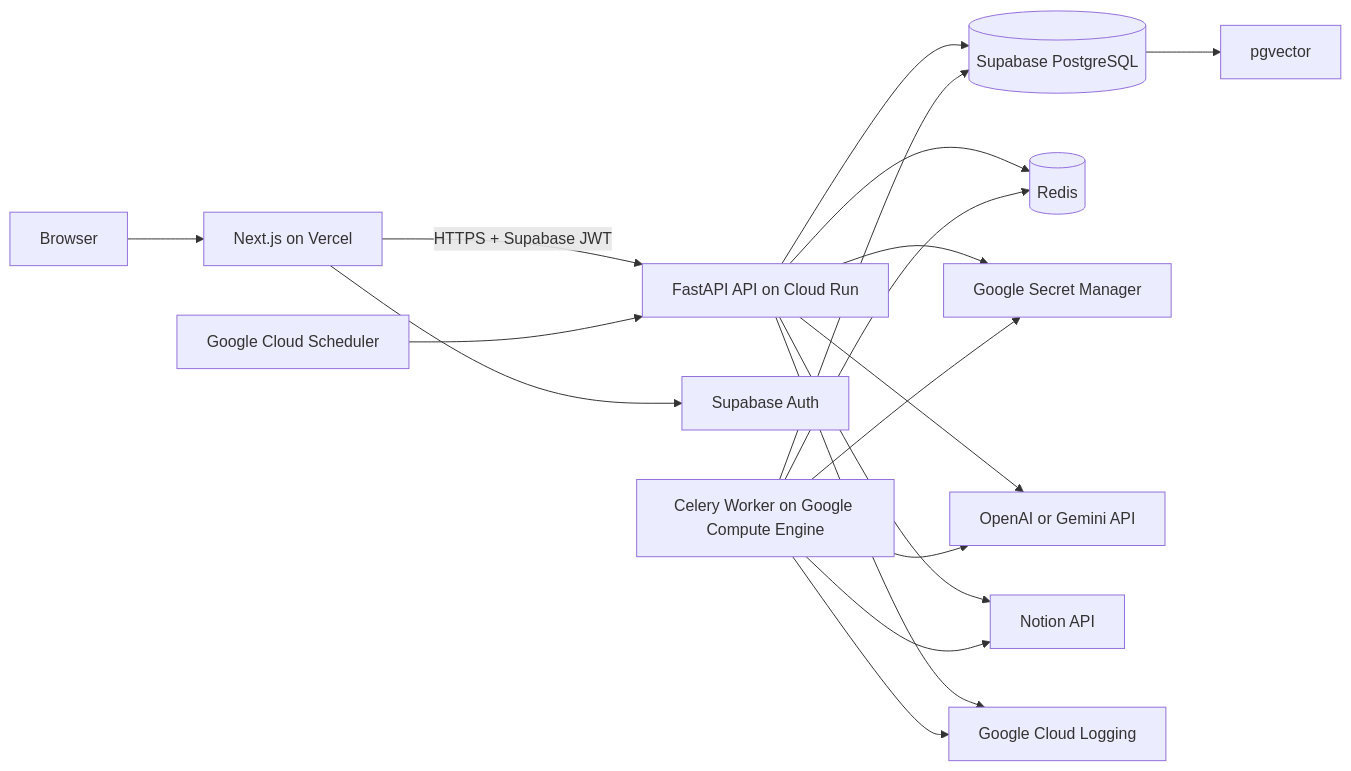
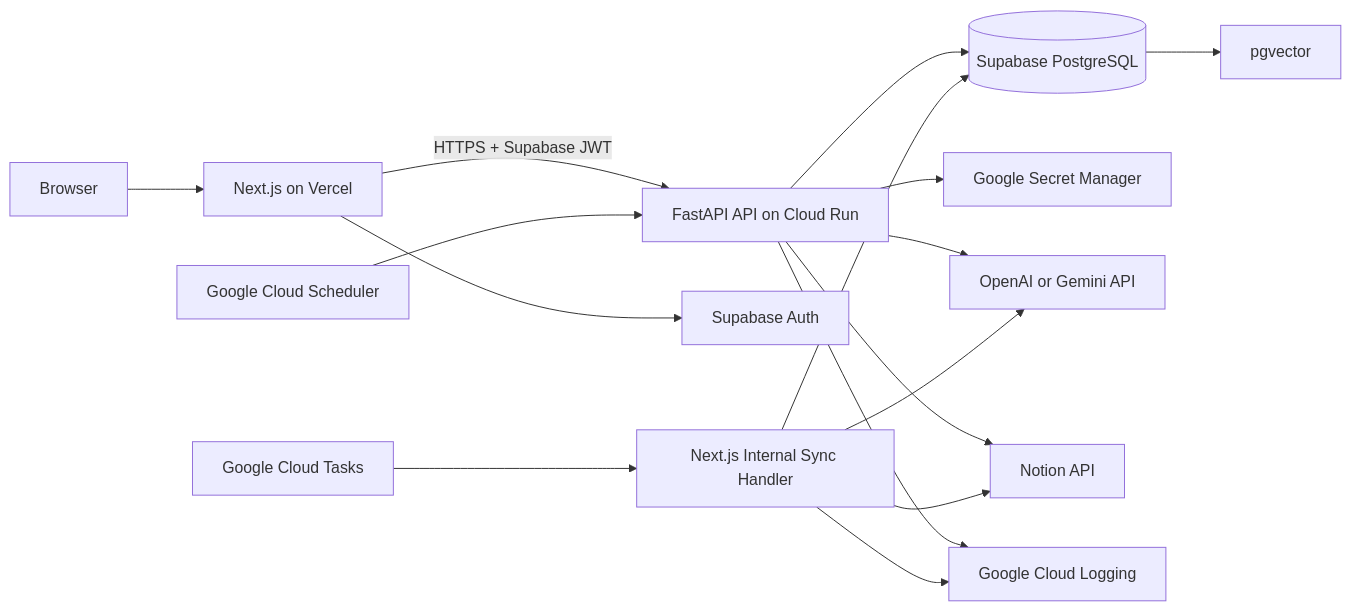
Before and after one commit to simonfab18/Kora---AI-Company-Knowledge-and-Operations-Assistant: the diagram in docs/system_architecture.md, drawn with Mermaid. The commit also changed other lines of this file and 31 other files, not shown here.

Commit message:
Replace worker VM with Cloud Tasks queue

````diff
--- a/docs/system_architecture.md
+++ b/docs/system_architecture.md
@@ -13,23 +13,21 @@
 ```mermaid
 flowchart LR
     Browser[Browser] --> Vercel[Next.js on Vercel]
     Vercel -->|HTTPS + Supabase JWT| API[FastAPI API on Cloud Run]
     Vercel --> Auth[Supabase Auth]
 
     API --> DB[(Supabase PostgreSQL)]
     DB --> Vector[pgvector]
-    API --> Redis[(Redis)]
     API --> Secrets[Google Secret Manager]
     API --> AI[OpenAI or Gemini API]
     API --> Notion[Notion API]
 
     Scheduler[Google Cloud Scheduler] --> API
-    Worker[Celery Worker on Google Compute Engine] --> Redis
-    Worker --> DB
-    Worker --> Notion
-    Worker --> AI
-    Worker --> Secrets
+    Tasks[Google Cloud Tasks] --> NextInternal[Next.js Internal Sync Handler]
+    NextInternal --> DB
+    NextInternal --> Notion
+    NextInternal --> AI
 
     API --> Logs[Google Cloud Logging]
-    Worker --> Logs
+    NextInternal --> Logs
 ```
````
